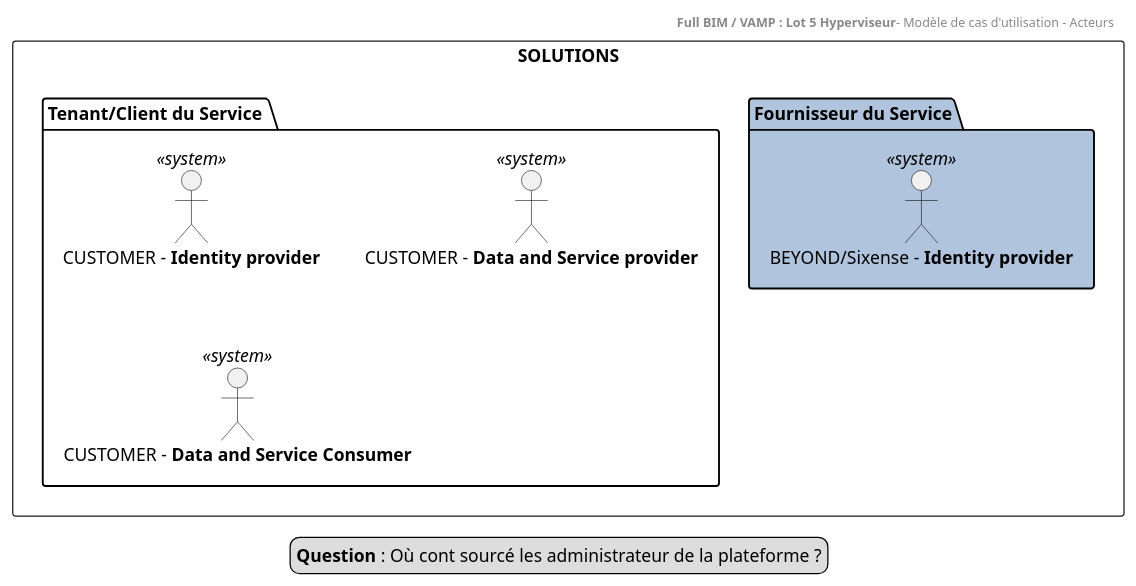
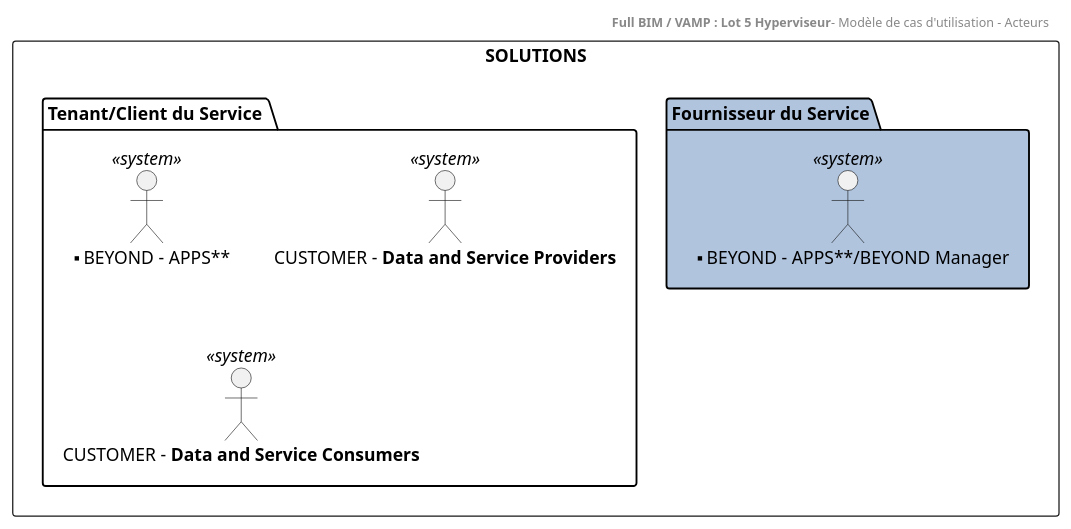
The diagram in 01.byd-DataFactory/1.ArchitectureDossier/images/0201.Actors.puml (cogirep/documentation), drawn with PlantUML before and after one commit. The commit also changed 12 other files, not shown here.

```diff
--- a/01.byd-DataFactory/1.ArchitectureDossier/images/0201.Actors.puml
+++ b/01.byd-DataFactory/1.ArchitectureDossier/images/0201.Actors.puml
@@ -1,28 +1,27 @@
 @startuml
 header
 <b>Full BIM / VAMP : Lot 5 Hyperviseur</b>- Modèle de cas d'utilisation - Acteurs
 end header
 
 
 
 
 Rectangle "SOLUTIONS" as SYSTEMES  {
-    Package "Fournisseur du Service"  as SRVPROVUSR #LightSteelBlue{
- :BEYOND/Sixense - **Identity provider**: as SYSTEM5 <<system>>
+    
+Package "Fournisseur du Service"  as SRVPROVUSR #LightSteelBlue{
+:** BEYOND - APPS**/BEYOND Manager: as SYSTEM6 <<system>>
 }
 
 Package "Tenant/Client du Service "  as CLIENTSYS{
- :CUSTOMER - **Identity provider**: as SYSTEM2<<system>>
+ 
+:** BEYOND - APPS**: as SYSTEM5 <<system>>
+:CUSTOMER - **Data and Service Providers**: as SYSTEM3<<system>>
 
-:CUSTOMER - **Data and Service provider**: as SYSTEM3<<system>>
-
-:CUSTOMER - **Data and Service Consumer**: as SYSTEM4<<system>>
+:CUSTOMER - **Data and Service Consumers**: as SYSTEM4<<system>>
 
 }
 
 
 }
-legend
-**Question** : Où cont sourcé les administrateur de la plateforme ?
-end legend
+
 @enduml
```
